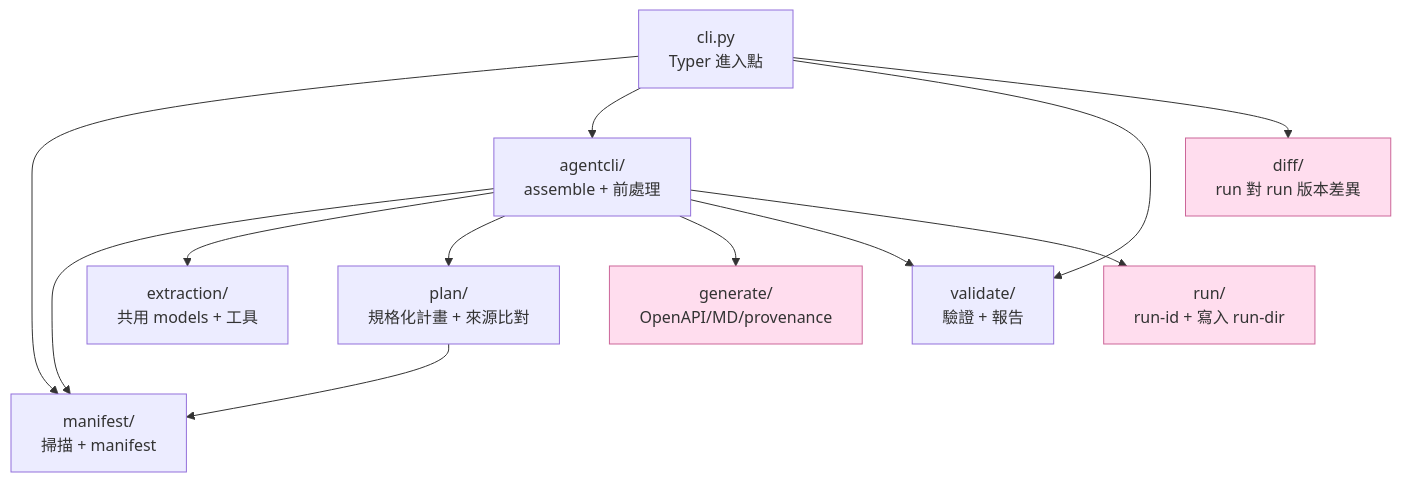
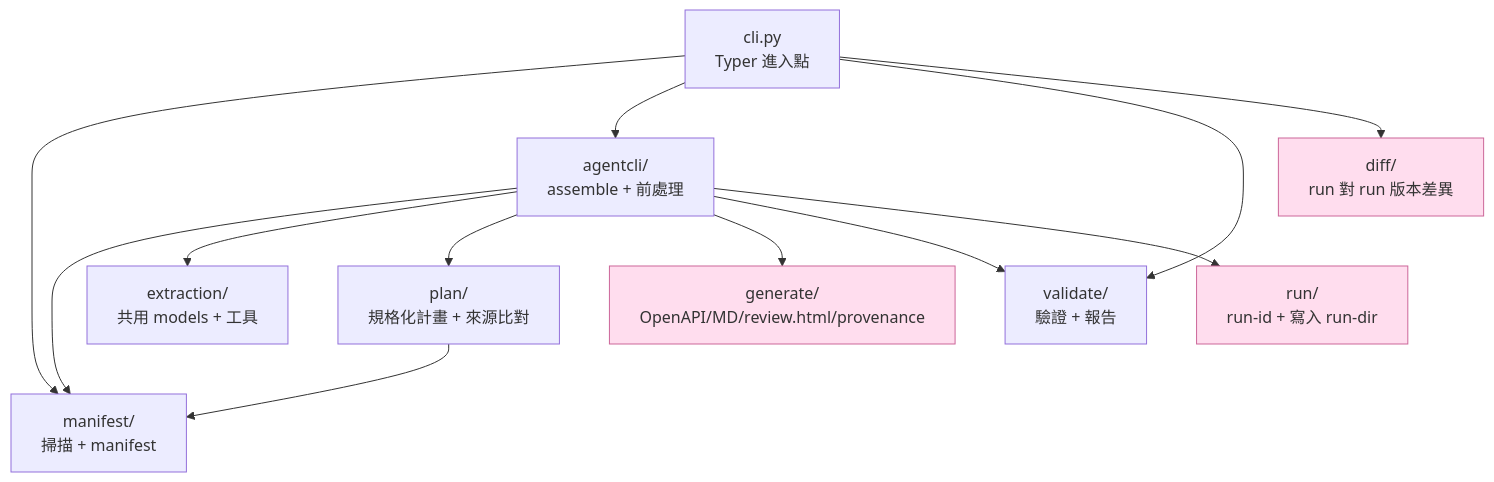
Before and after one commit to CarlLee1983/loop-apidoc: the second of 2 diagrams in docs/ARCHITECTURE.md, drawn with Mermaid. The commit also changed other lines of this file and 18 other files, not shown here.

First line of the commit message:
feat: [generate] 新增離線人工核對頁 review.html 並同步文件

````diff
--- a/docs/ARCHITECTURE.md
+++ b/docs/ARCHITECTURE.md
@@ -48,21 +48,21 @@
 ```mermaid
 flowchart TD
     cli[cli.py<br/>Typer 進入點]
 
     cli --> manifest[manifest/<br/>掃描 + manifest]
     cli --> agentcli[agentcli/<br/>assemble + 前處理]
     cli --> validate[validate/<br/>驗證 + 報告]
     cli --> diff[diff/<br/>run 對 run 版本差異]
 
     agentcli --> manifest
     agentcli --> extraction[extraction/<br/>共用 models + 工具]
     agentcli --> plan[plan/<br/>規格化計畫 + 來源比對]
-    agentcli --> generate[generate/<br/>OpenAPI/MD/provenance]
+    agentcli --> generate[generate/<br/>OpenAPI/MD/review.html/provenance]
     agentcli --> validate
     agentcli --> run[run/<br/>run-id + 寫入 run-dir]
 
     plan --> manifest
 
     classDef io fill:#fde,stroke:#c69
     class generate,run,diff io
 ```
````
